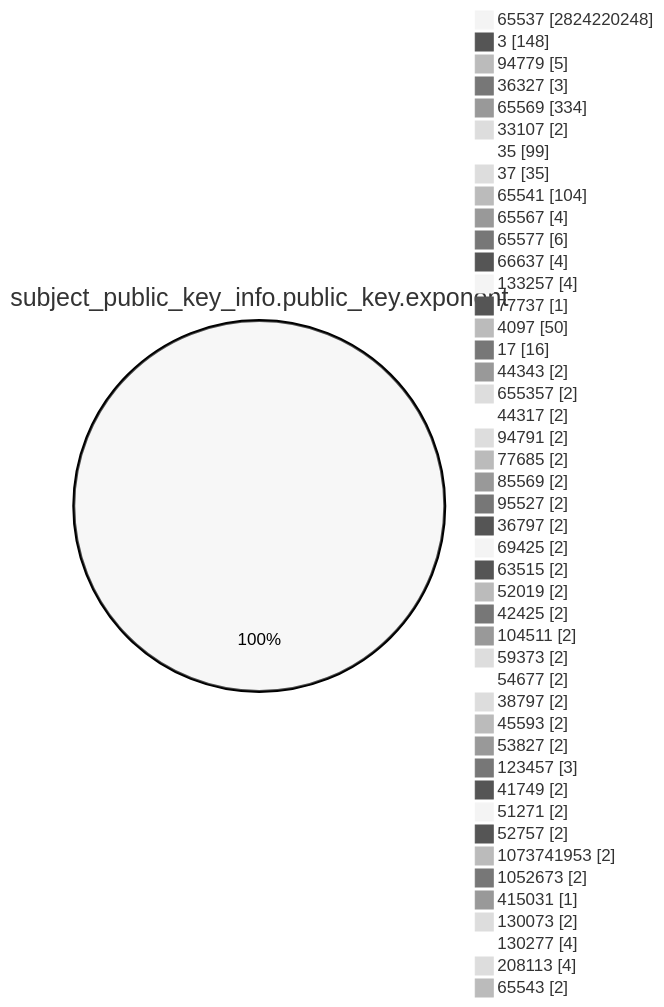
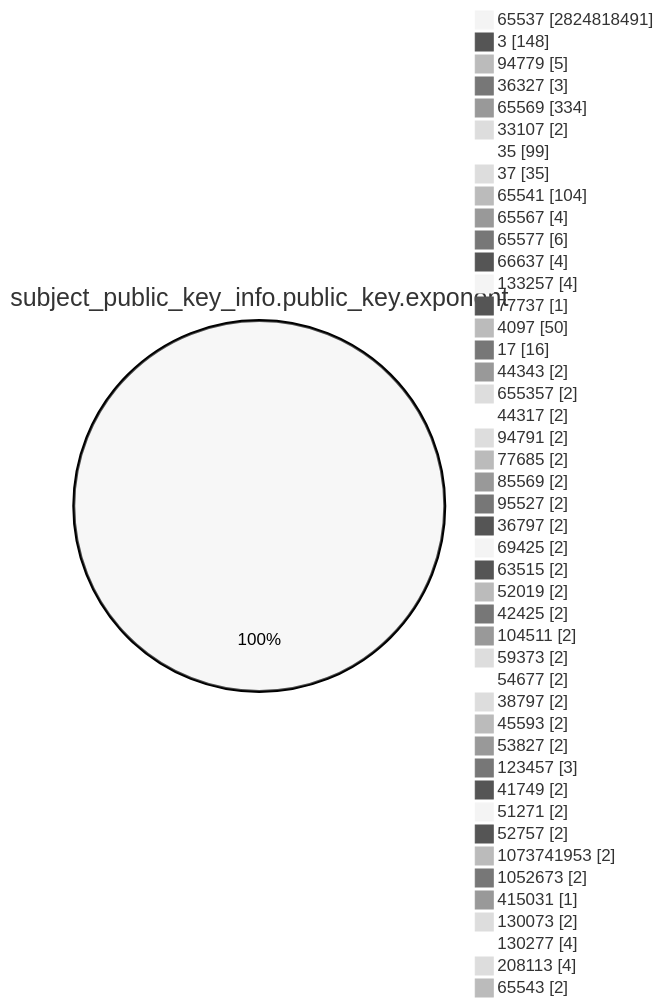
The fourth of 15 diagrams in TOTAL/README.md (christiankrug/ctmonitor_visualization), drawn with Mermaid (neutral theme) before and after one commit. The commit also changed other lines of this file, not shown here.

````diff
--- a/TOTAL/README.md
+++ b/TOTAL/README.md
@@ -1468,49 +1468,49 @@
 ```mermaid
 pie showData
 title subject_public_key_info.public_key.exponent
-"65537" :2824220248
+"65537" :2824818491
 "3" :148
 "94779" :5
 "36327" :3
 "65569" :334
 "33107" :2
 "35" :99
 "37" :35
 "65541" :104
 "65567" :4
 "65577" :6
 "66637" :4
 "133257" :4
 "77737" :1
 "4097" :50
 "17" :16
 "44343" :2
 "655357" :2
 "44317" :2
 "94791" :2
 "77685" :2
 "85569" :2
 "95527" :2
 "36797" :2
 "69425" :2
 "63515" :2
 "52019" :2
 "42425" :2
 "104511" :2
 "59373" :2
 "54677" :2
 "38797" :2
 "45593" :2
 "53827" :2
 "123457" :3
 "41749" :2
 "51271" :2
 "52757" :2
 "1073741953" :2
 "1052673" :2
 "415031" :1
 "130073" :2
 "130277" :4
 "208113" :4
 "65543" :2
 ```
````
